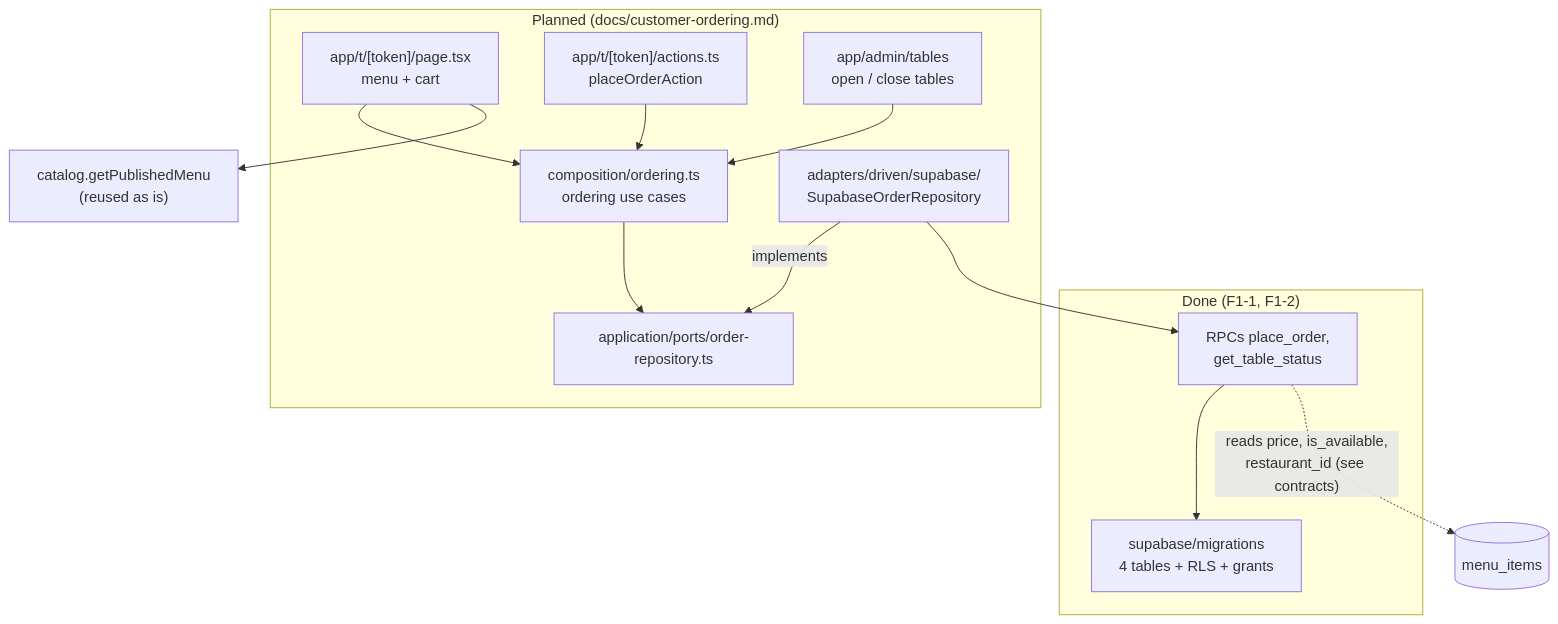
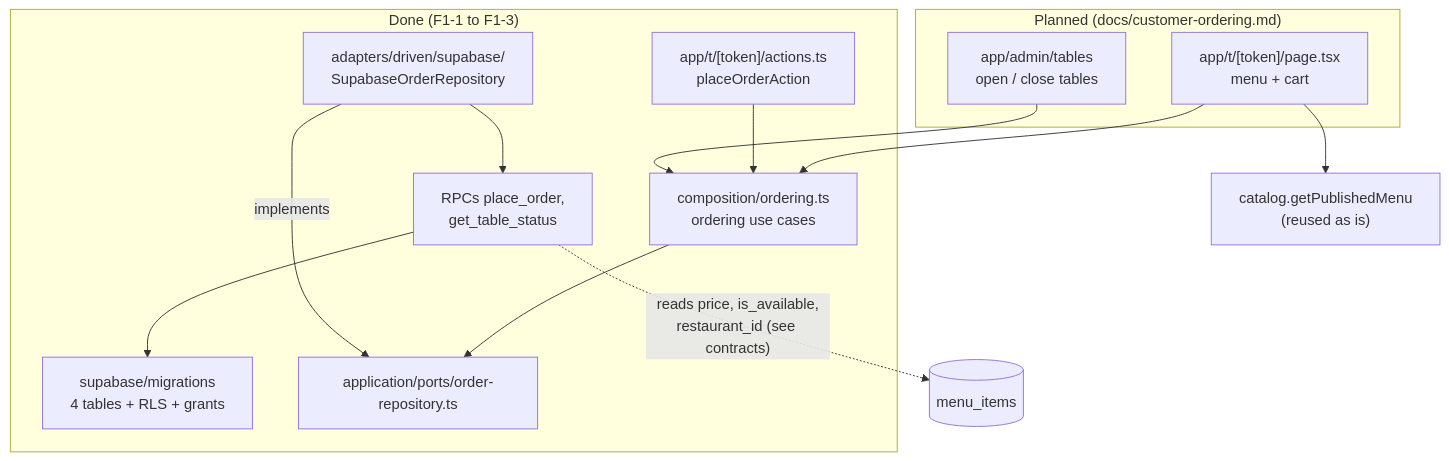
Before and after one commit to theofernandezz/digital-menu: the fifth of 5 diagrams in docs/architecture-map.md, drawn with Mermaid. The commit also changed other lines of this file and 3 other files, not shown here.

````diff
--- a/docs/architecture-map.md
+++ b/docs/architecture-map.md
@@ -135,28 +135,28 @@
 ```mermaid
 flowchart TB
-  subgraph done["Done (F1-1, F1-2)"]
+  subgraph done["Done (F1-1 to F1-3)"]
     schema["supabase/migrations<br/>4 tables + RLS + grants"]
     rpc["RPCs place_order,<br/>get_table_status"]
+    action["app/t/[token]/actions.ts<br/>placeOrderAction"]
+    ord["composition/ordering.ts<br/>ordering use cases"]
+    port["application/ports/order-repository.ts"]
+    adapter["adapters/driven/supabase/<br/>SupabaseOrderRepository"]
   end
 
   subgraph planned["Planned (docs/customer-ordering.md)"]
     page["app/t/[token]/page.tsx<br/>menu + cart"]
-    action["app/t/[token]/actions.ts<br/>placeOrderAction"]
     admin["app/admin/tables<br/>open / close tables"]
-    ord["composition/ordering.ts<br/>ordering use cases"]
-    port["application/ports/order-repository.ts"]
-    adapter["adapters/driven/supabase/<br/>SupabaseOrderRepository"]
   end
 
   cat["catalog.getPublishedMenu<br/>(reused as is)"]
 
   page --> ord
   page --> cat
   action --> ord
   admin --> ord
   ord --> port
   adapter -- implements --> port
   adapter --> rpc
   rpc --> schema
   rpc -. "reads price, is_available,<br/>restaurant_id (see contracts)" .-> menu[("menu_items")]
 ```
````
